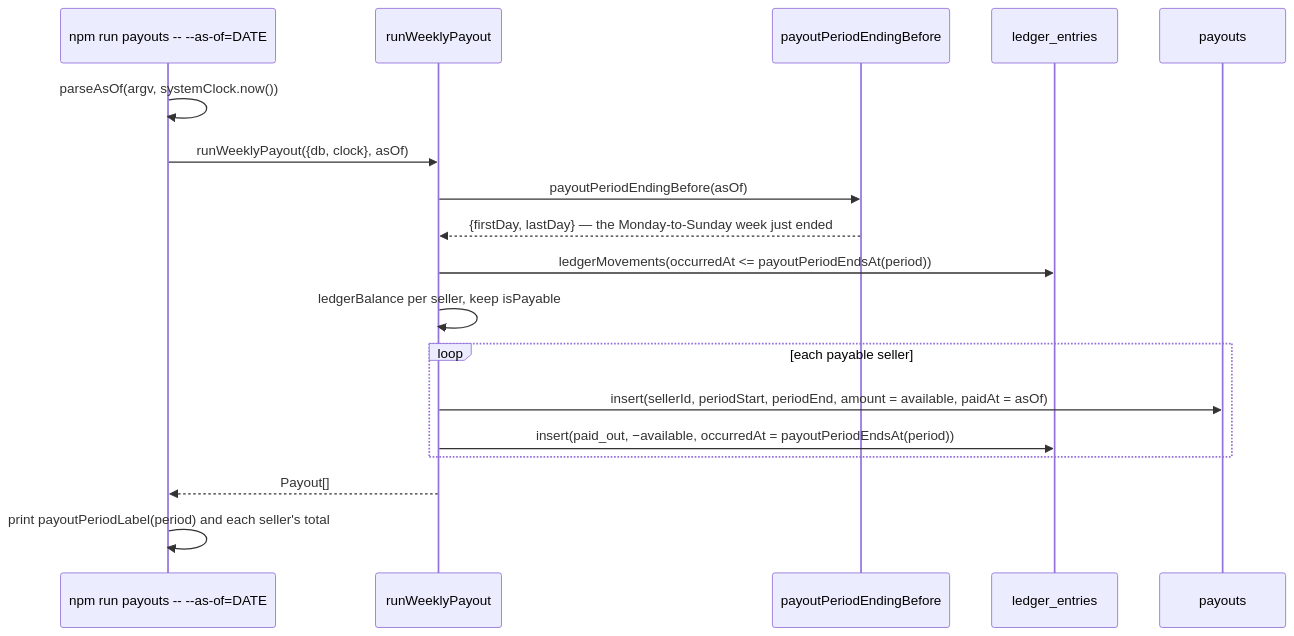
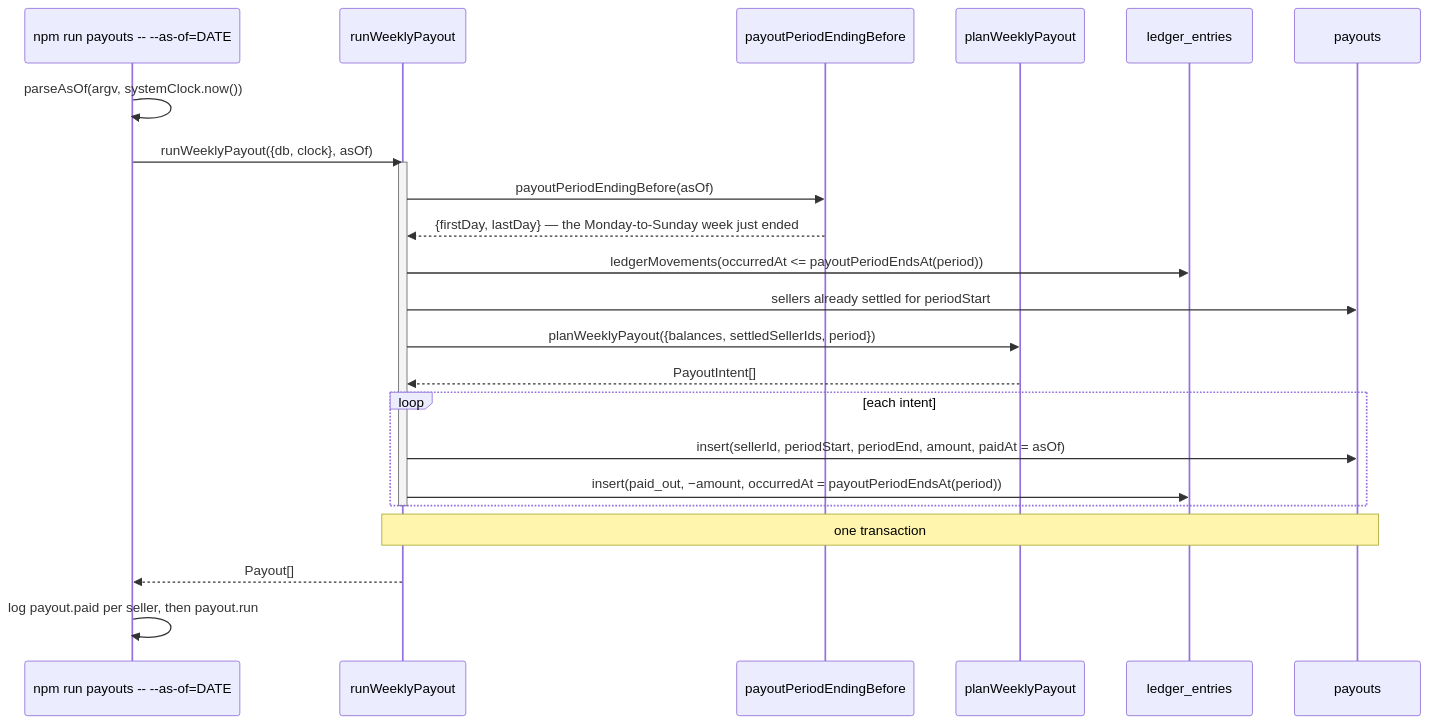
One commit to jonathan-beebe/art-store changed the second of 2 diagrams in prototype/node/docs/escrow.md. Above: the diagram before and after it, drawn with Mermaid. The commit also changed other lines of this file and 404 other files, not shown here.

First line of the commit message:
refactor[node]: doctrine sweep — node:sqlite, route schemas, transactions, outbox, SSE, production image [NO-TICKET] (#4)

````diff
--- a/prototype/node/docs/escrow.md
+++ b/prototype/node/docs/escrow.md
@@ -59,21 +59,27 @@
 ```mermaid
 sequenceDiagram
     participant CLI as npm run payouts -- --as-of=DATE
     participant Run as runWeeklyPayout
     participant Period as payoutPeriodEndingBefore
+    participant Plan as planWeeklyPayout
     participant Ledger as ledger_entries
     participant Payouts as payouts
 
     CLI->>CLI: parseAsOf(argv, systemClock.now())
     CLI->>Run: runWeeklyPayout({db, clock}, asOf)
+    activate Run
     Run->>Period: payoutPeriodEndingBefore(asOf)
     Period-->>Run: {firstDay, lastDay} — the Monday-to-Sunday week just ended
     Run->>Ledger: ledgerMovements(occurredAt <= payoutPeriodEndsAt(period))
-    Run->>Run: ledgerBalance per seller, keep isPayable
-    loop each payable seller
-        Run->>Payouts: insert(sellerId, periodStart, periodEnd, amount = available, paidAt = asOf)
-        Run->>Ledger: insert(paid_out, −available, occurredAt = payoutPeriodEndsAt(period))
+    Run->>Payouts: sellers already settled for periodStart
+    Run->>Plan: planWeeklyPayout({balances, settledSellerIds, period})
+    Plan-->>Run: PayoutIntent[]
+    loop each intent
+        Run->>Payouts: insert(sellerId, periodStart, periodEnd, amount, paidAt = asOf)
+        Run->>Ledger: insert(paid_out, −amount, occurredAt = payoutPeriodEndsAt(period))
     end
+    deactivate Run
+    Note over Run,Payouts: one transaction
     Run-->>CLI: Payout[]
-    CLI->>CLI: print payoutPeriodLabel(period) and each seller's total
+    CLI->>CLI: log payout.paid per seller, then payout.run
 ```
````
